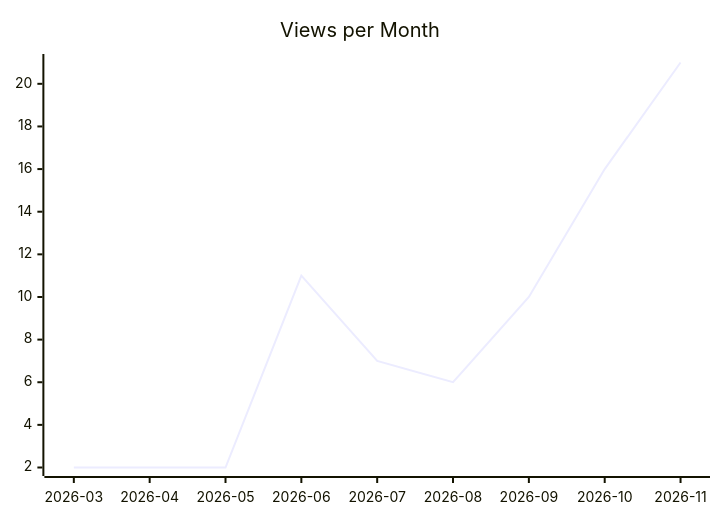
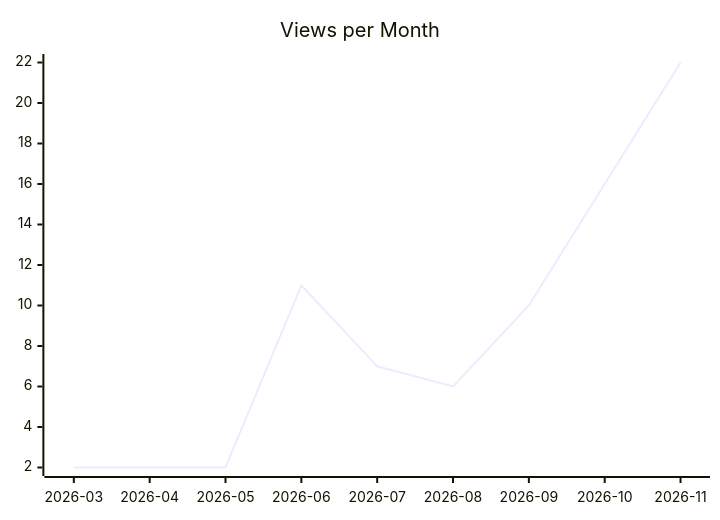
One commit to justdavis-family/github-analytics-data changed the second of 3 diagrams in karlmdavis/ansible-role-jenkins2/README.md. Above: the diagram before and after it, drawn with Mermaid. The commit also changed other lines of this file and 194 other files, not shown here.

````diff
--- a/karlmdavis/ansible-role-jenkins2/README.md
+++ b/karlmdavis/ansible-role-jenkins2/README.md
@@ -12,6 +12,6 @@
 ```mermaid
 xychart-beta
   title "Views per Month"
   x-axis ["2026-03", "2026-04", "2026-05", "2026-06", "2026-07", "2026-08", "2026-09", "2026-10", "2026-11"]
-  line [2, 2, 2, 11, 7, 6, 10, 16, 21]
+  line [2, 2, 2, 11, 7, 6, 10, 16, 22]
 ```
````
